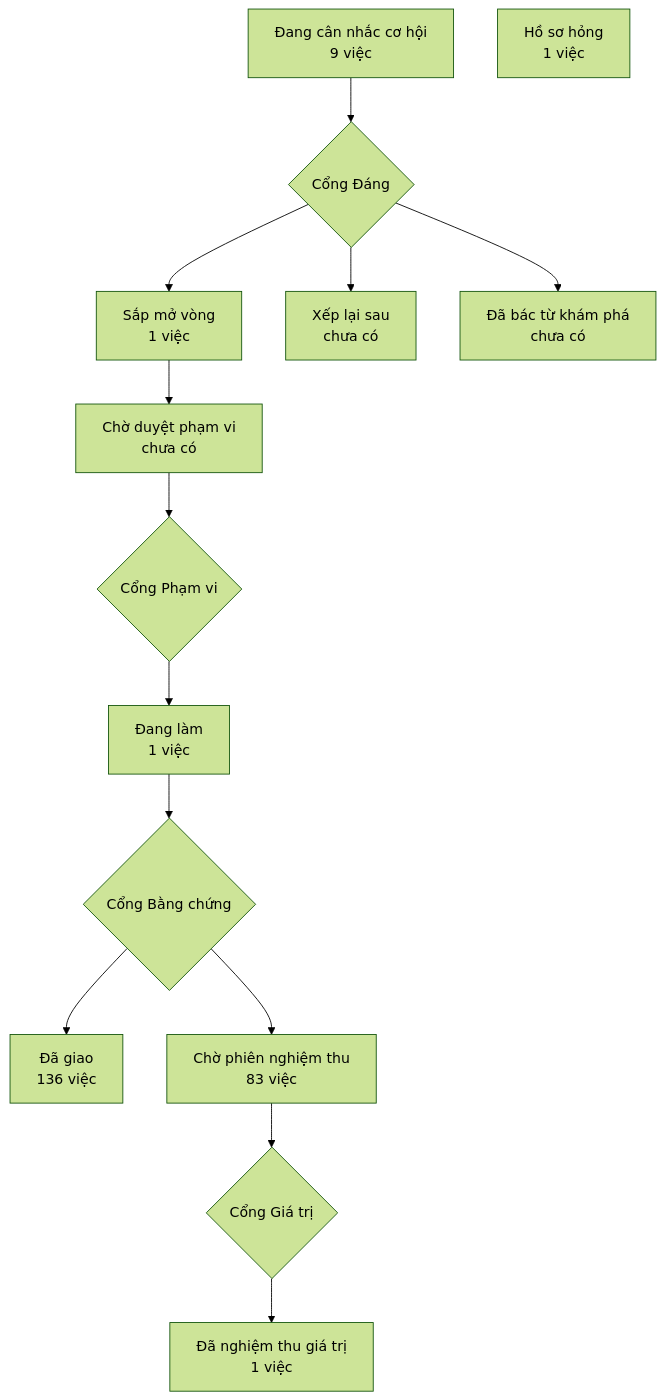
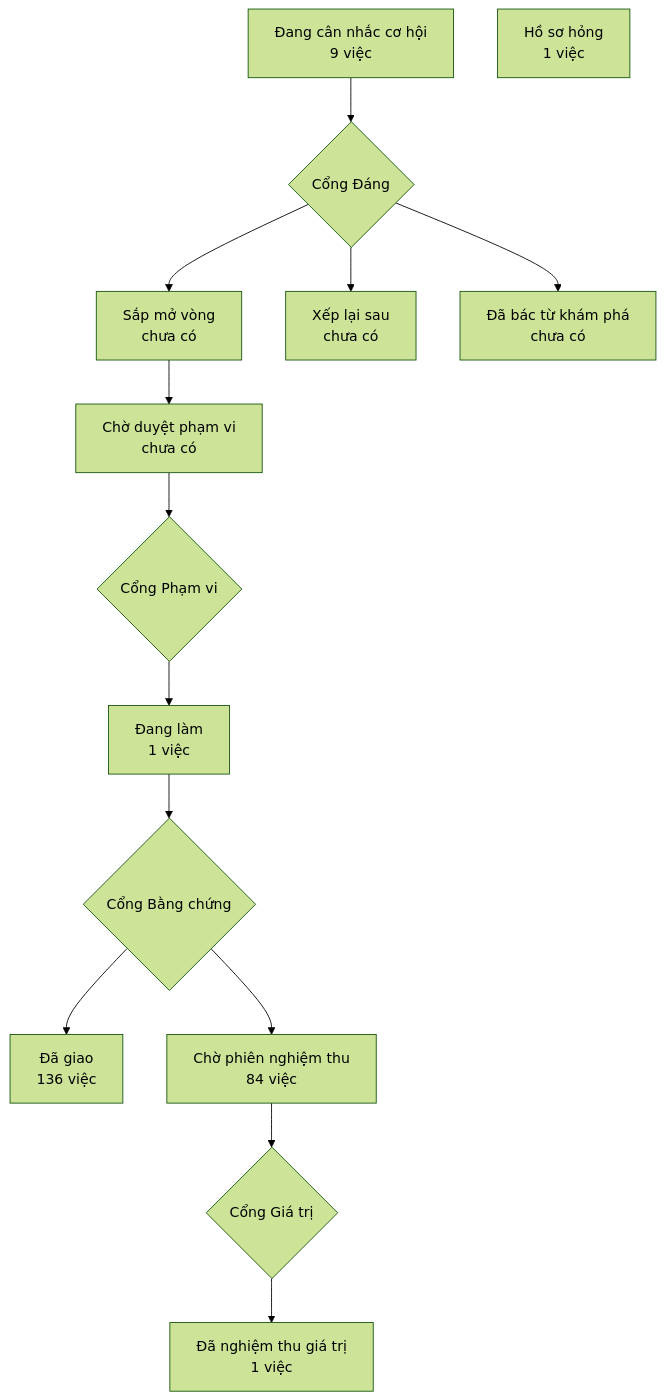
Before and after one commit to phanlemanh/crm-onehub: the diagram in PRODUCT-MAP.md, drawn with Mermaid (forest theme). The commit also changed other lines of this file and 1 other file, not shown here.

````diff
--- a/PRODUCT-MAP.md
+++ b/PRODUCT-MAP.md
@@ -7,13 +7,13 @@
 ```mermaid
 flowchart TD
   A["Đang cân nhắc cơ hội<br/>9 việc"] --> GD{"Cổng Đáng"}
-  GD --> B["Sắp mở vòng<br/>1 việc"]
+  GD --> B["Sắp mở vòng<br/>chưa có"]
   GD --> XL["Xếp lại sau<br/>chưa có"]
   GD --> DB["Đã bác từ khám phá<br/>chưa có"]
   B --> CD["Chờ duyệt phạm vi<br/>chưa có"] --> GP{"Cổng Phạm vi"}
   GP --> DL["Đang làm<br/>1 việc"] --> GB{"Cổng Bằng chứng"}
   GB --> DG["Đã giao<br/>136 việc"]
-  GB --> CN["Chờ phiên nghiệm thu<br/>83 việc"] --> GG{"Cổng Giá trị"}
+  GB --> CN["Chờ phiên nghiệm thu<br/>84 việc"] --> GG{"Cổng Giá trị"}
   GG --> NT["Đã nghiệm thu giá trị<br/>1 việc"]
   HS["Hồ sơ hỏng<br/>1 việc"]
 ```
````
